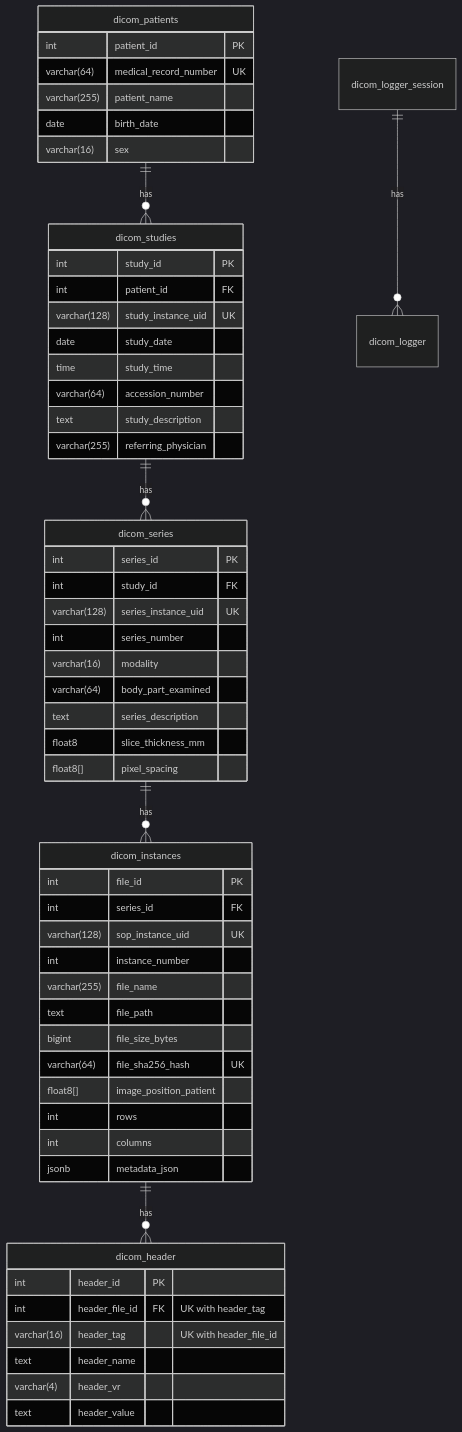
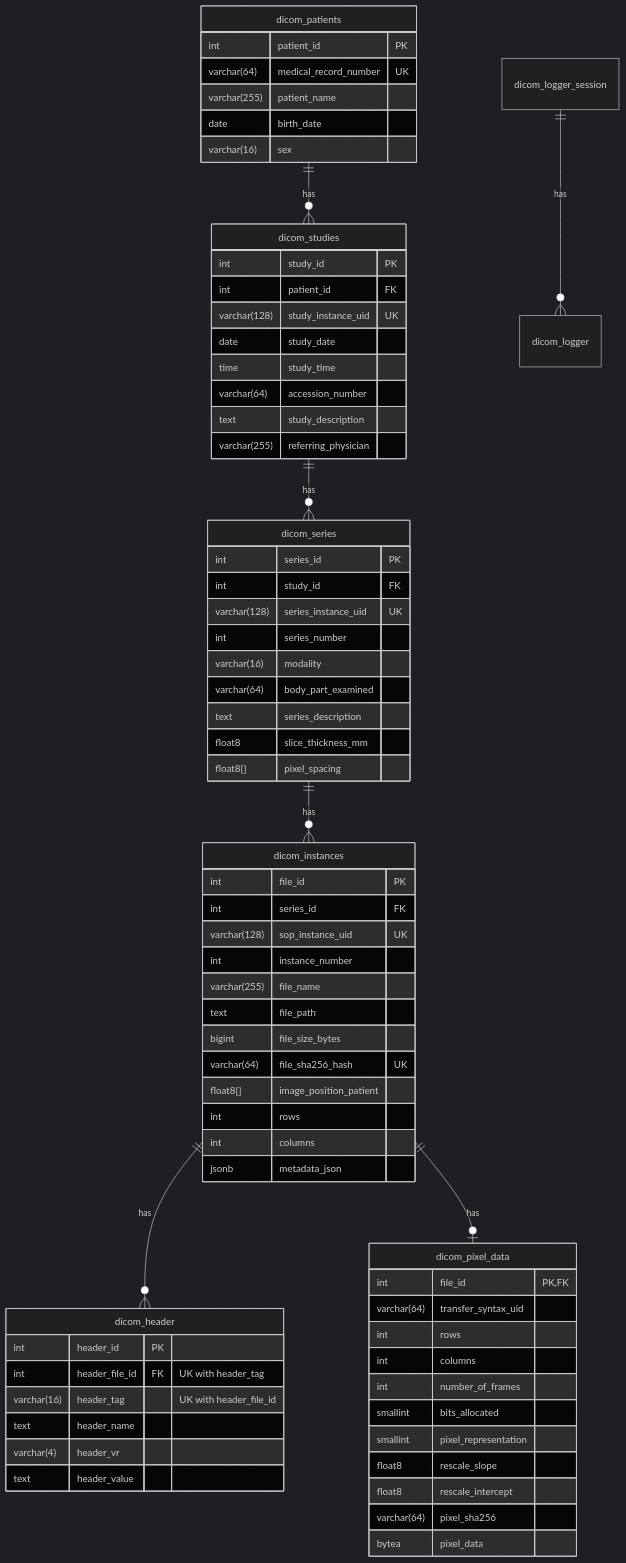
Before and after one commit to vybezy/dcm-data-etl: the second of 2 diagrams in README.md, drawn with Mermaid (dark theme). The commit also changed other lines of this file and 10 other files, not shown here.

Commit message:
Store raw pixel data in dicom_pixel_data with checksum and image tags

````diff
--- a/README.md
+++ b/README.md
@@ -73,59 +74,73 @@
 ```mermaid
 erDiagram
     dicom_patients ||--o{ dicom_studies : has
     dicom_studies  ||--o{ dicom_series  : has
     dicom_series   ||--o{ dicom_instances : has
     dicom_instances ||--o{ dicom_header : has
+    dicom_instances ||--o| dicom_pixel_data : has
     dicom_logger_session ||--o{ dicom_logger : has
 
     dicom_patients {
         int patient_id PK
         varchar(64) medical_record_number UK
         varchar(255) patient_name
         date birth_date
         varchar(16) sex
     }
     dicom_studies {
         int study_id PK
         int patient_id FK
         varchar(128) study_instance_uid UK
         date study_date
         time study_time
         varchar(64) accession_number
         text study_description
         varchar(255) referring_physician
     }
     dicom_series {
         int series_id PK
         int study_id FK
         varchar(128) series_instance_uid UK
         int series_number
         varchar(16) modality
         varchar(64) body_part_examined
         text series_description
         float8 slice_thickness_mm
         float8[] pixel_spacing
     }
     dicom_instances {
         int file_id PK
         int series_id FK
         varchar(128) sop_instance_uid UK
         int instance_number
         varchar(255) file_name
         text file_path
         bigint file_size_bytes
         varchar(64) file_sha256_hash UK
         float8[] image_position_patient
         int rows
         int columns
         jsonb metadata_json
     }
     dicom_header {
         int header_id PK
         int header_file_id FK "UK with header_tag"
         varchar(16) header_tag "UK with header_file_id"
         text header_name
         varchar(4) header_vr
         text header_value
     }
+    dicom_pixel_data {
+        int file_id PK, FK
+        varchar(64) transfer_syntax_uid
+        int rows
+        int columns
+        int number_of_frames
+        smallint bits_allocated
+        smallint pixel_representation
+        float8 rescale_slope
+        float8 rescale_intercept
+        varchar(64) pixel_sha256
+        bytea pixel_data
+    }
 ```
````
